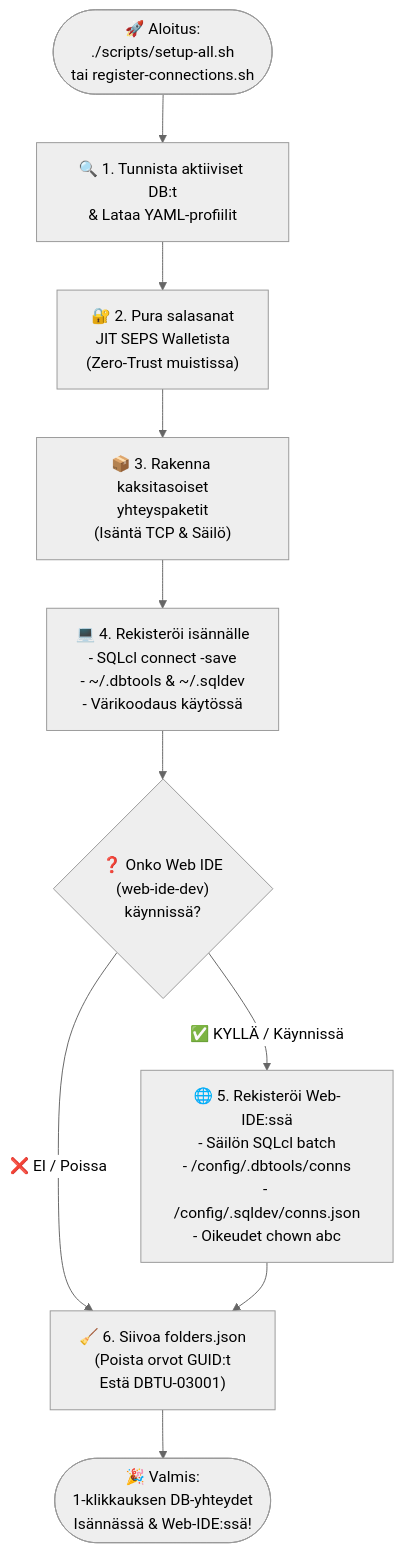
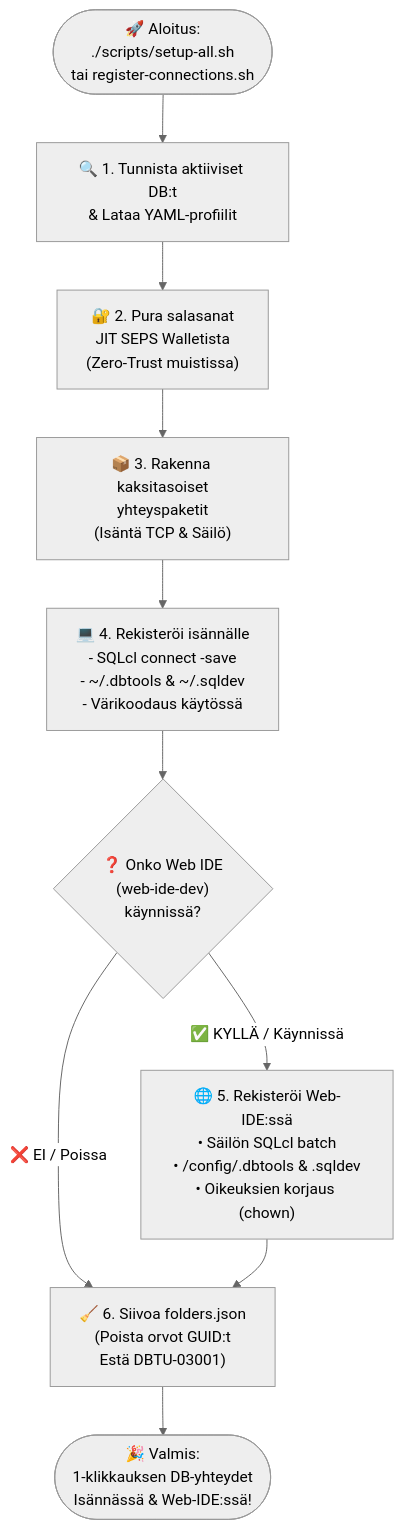
Before and after one commit to alahe/oracle-devops-platform: the diagram in connections/README.fi.md, drawn with Mermaid (neutral theme). The commit also changed 412 other files, not shown here.

````diff
--- a/connections/README.fi.md
+++ b/connections/README.fi.md
@@ -15,20 +15,20 @@
 ```mermaid
 flowchart TD
   START(["🚀 Aloitus:<br/>./scripts/setup-all.sh<br/>tai register-connections.sh"]) --> DISCOVER["🔍 1. Tunnista aktiiviset DB:t<br/>& Lataa YAML-profiilit"]
   
   DISCOVER --> WALLET["🔐 2. Pura salasanat<br/>JIT SEPS Walletista<br/>(Zero-Trust muistissa)"]
   
   WALLET --> BUILD_CONNS["📦 3. Rakenna kaksitasoiset<br/>yhteyspaketit<br/>(Isäntä TCP & Säilö)"]
   
   BUILD_CONNS --> HOST_REG["💻 4. Rekisteröi isännälle<br/>- SQLcl connect -save<br/>- ~/.dbtools & ~/.sqldev<br/>- Värikoodaus käytössä"]
   
   HOST_REG --> CHECK_WEBIDE{"❓ Onko Web IDE<br/>(web-ide-dev)<br/>käynnissä?"}
   
-  CHECK_WEBIDE -->|"✅ KYLLÄ / Käynnissä"| WEBIDE_REG["🌐 5. Rekisteröi Web-IDE:ssä<br/>- Säilön SQLcl batch<br/>- /config/.dbtools/conns<br/>- /config/.sqldev/conns.json<br/>- Oikeudet chown abc"]
+  CHECK_WEBIDE -->|"✅ KYLLÄ / Käynnissä"| WEBIDE_REG["🌐 5. Rekisteröi Web-IDE:ssä<br/>• Säilön SQLcl batch<br/>• /config/.dbtools & .sqldev<br/>• Oikeuksien korjaus (chown)"]
   
   CHECK_WEBIDE -->|"❌ EI / Poissa"| SANITIZE["🧹 6. Siivoa folders.json<br/>(Poista orvot GUID:t<br/>Estä DBTU-03001)"]
   
   WEBIDE_REG --> SANITIZE
   
   SANITIZE --> READY(["🎉 Valmis:<br/>1-klikkauksen DB-yhteydet<br/>Isännässä & Web-IDE:ssä!"])
 ```
````
